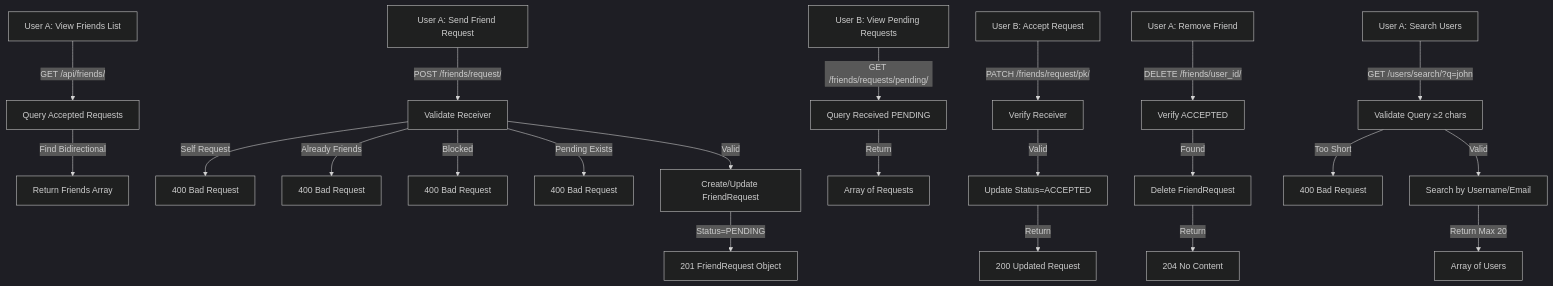
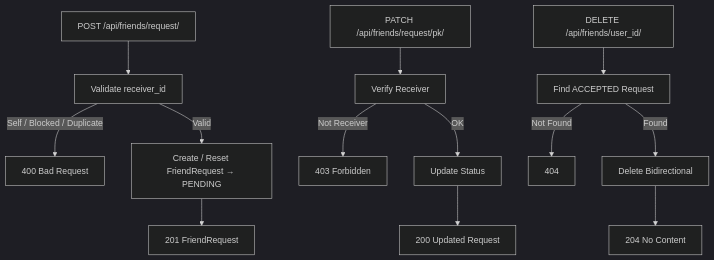
The sixth of 13 diagrams in API_SCHEMAS.md (RadiantVixen/music-room), drawn with Mermaid (dark theme) before and after one commit. The commit also changed other lines of this file and 65 other files, not shown here.

````diff
--- a/API_SCHEMAS.md
+++ b/API_SCHEMAS.md
@@ -573,29 +483,17 @@
 ```mermaid
 graph TD
-    A["User A: View Friends List"] -->|GET /api/friends/| B["Query Accepted Requests"]
-    B -->|Find Bidirectional| C["Return Friends Array"]
-    
-    D["User A: Send Friend Request"] -->|POST /friends/request/| E["Validate Receiver"]
-    E -->|Self Request| F["400 Bad Request"]
-    E -->|Already Friends| G["400 Bad Request"]
-    E -->|Blocked| H["400 Bad Request"]
-    E -->|Pending Exists| I["400 Bad Request"]
-    E -->|Valid| J["Create/Update FriendRequest"]
-    J -->|Status=PENDING| K["201 FriendRequest Object"]
-    
-    L["User B: View Pending Requests"] -->|GET /friends/requests/pending/| M["Query Received PENDING"]
-    M -->|Return| N["Array of Requests"]
-    
-    O["User B: Accept Request"] -->|PATCH /friends/request/pk/| P["Verify Receiver"]
-    P -->|Valid| Q["Update Status=ACCEPTED"]
-    Q -->|Return| R["200 Updated Request"]
-    
-    S["User A: Remove Friend"] -->|DELETE /friends/user_id/| T["Verify ACCEPTED"]
-    T -->|Found| U["Delete FriendRequest"]
-    U -->|Return| V["204 No Content"]
-    
-    W["User A: Search Users"] -->|GET /users/search/?q=john| X["Validate Query ≥2 chars"]
-    X -->|Too Short| Y["400 Bad Request"]
-    X -->|Valid| Z["Search by Username/Email"]
-    Z -->|Return Max 20| AA["Array of Users"]
+    A["POST /api/friends/request/"] --> B["Validate receiver_id"]
+    B -->|Self / Blocked / Duplicate| C["400 Bad Request"]
+    B -->|Valid| D["Create / Reset FriendRequest → PENDING"]
+    D --> E["201 FriendRequest"]
+
+    F["PATCH /api/friends/request/pk/"] --> G["Verify Receiver"]
+    G -->|Not Receiver| H["403 Forbidden"]
+    G -->|OK| I["Update Status"]
+    I --> J["200 Updated Request"]
+
+    K["DELETE /api/friends/user_id/"] --> L["Find ACCEPTED Request"]
+    L -->|Not Found| M["404"]
+    L -->|Found| N["Delete Bidirectional"]
+    N --> O["204 No Content"]
 ```
````
